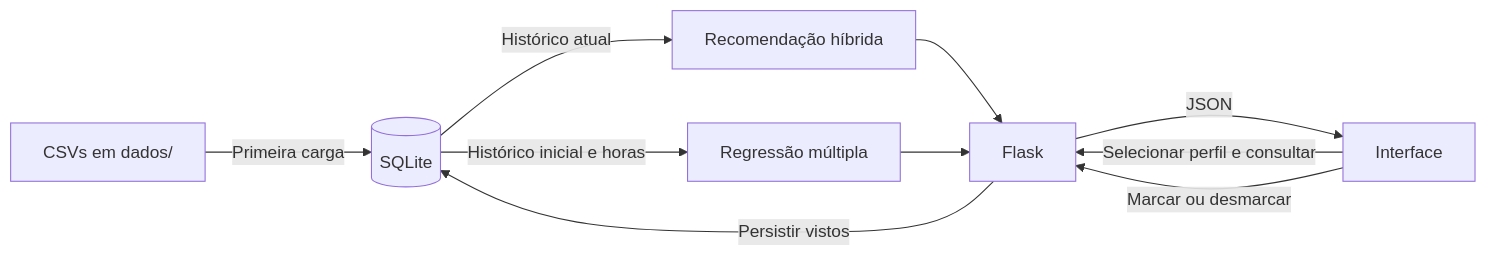
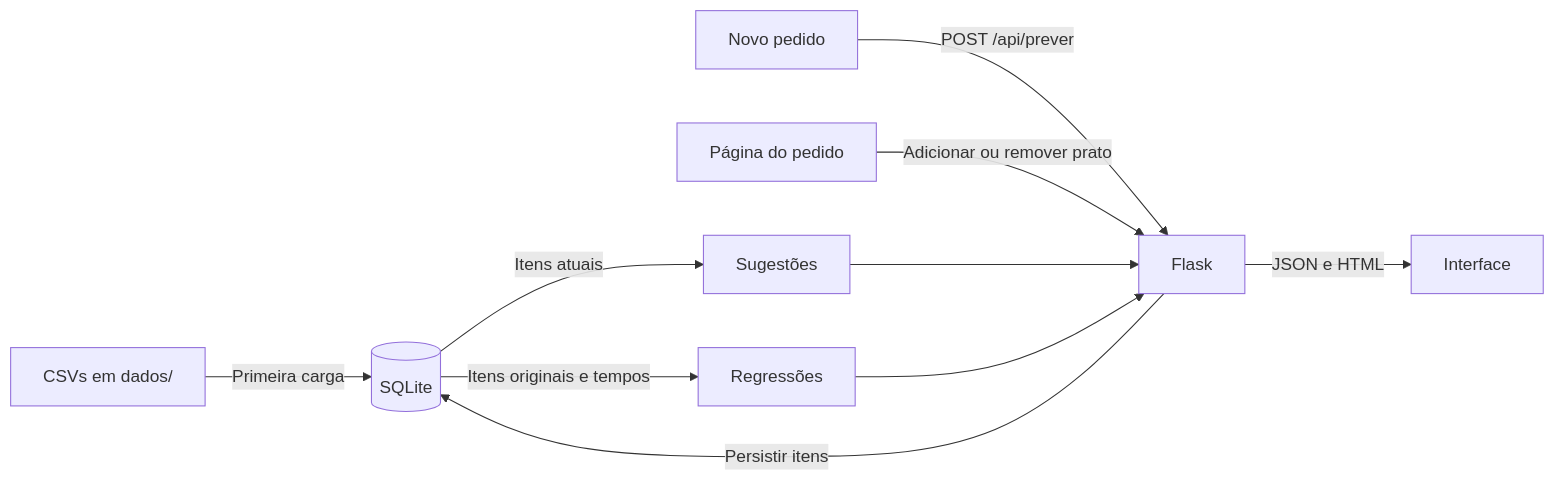
Before and after one commit to hudsonadev/Restaurante: the diagram in docs/implementacao.md, drawn with Mermaid. The commit also changed other lines of this file and 46 other files, not shown here.

````diff
--- a/docs/implementacao.md
+++ b/docs/implementacao.md
@@ -11,12 +20,12 @@
 ```mermaid
 flowchart LR
     CSV[CSVs em dados/] -->|Primeira carga| DB[(SQLite)]
-    UI[Interface] -->|Selecionar perfil e consultar| API[Flask]
-    UI -->|Marcar ou desmarcar| API
-    API -->|Persistir vistos| DB
-    DB -->|Histórico atual| REC[Recomendação híbrida]
-    DB -->|Histórico inicial e horas| REG[Regressão múltipla]
+    NP[Novo pedido] -->|POST /api/prever| API[Flask]
+    PED[Página do pedido] -->|Adicionar ou remover prato| API
+    API -->|Persistir itens| DB
+    DB -->|Itens atuais| REC[Sugestões]
+    DB -->|Itens originais e tempos| REG[Regressões]
     REC --> API
     REG --> API
-    API -->|JSON| UI
+    API -->|JSON e HTML| UI[Interface]
 ```
````
